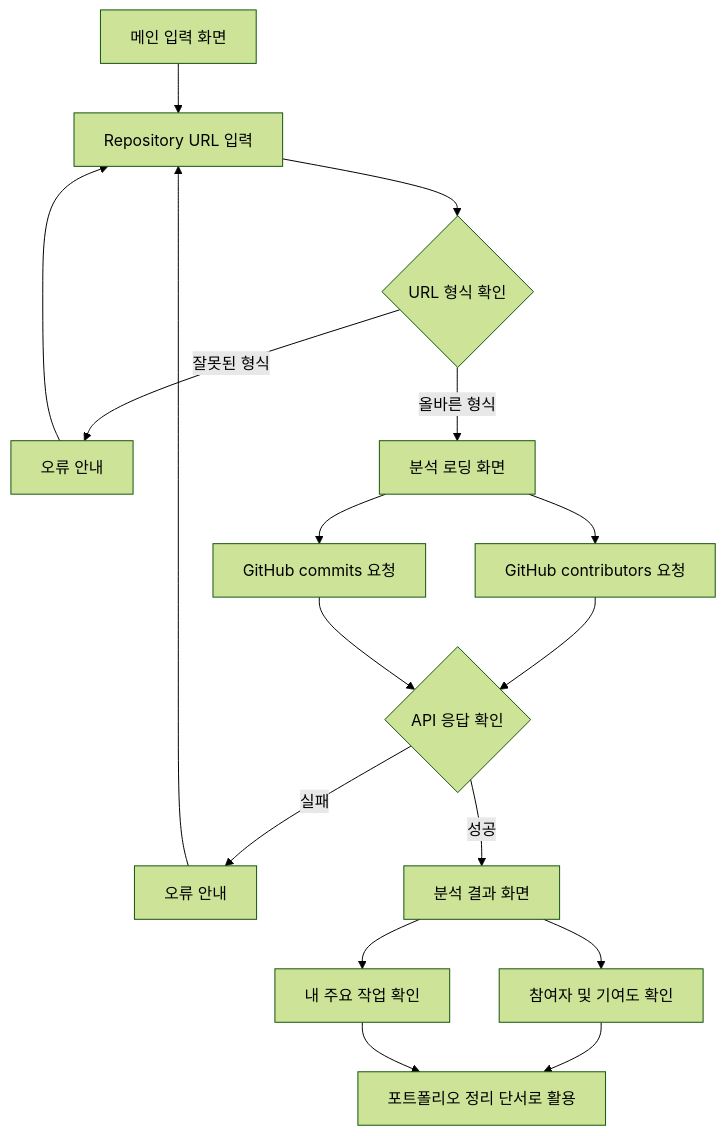
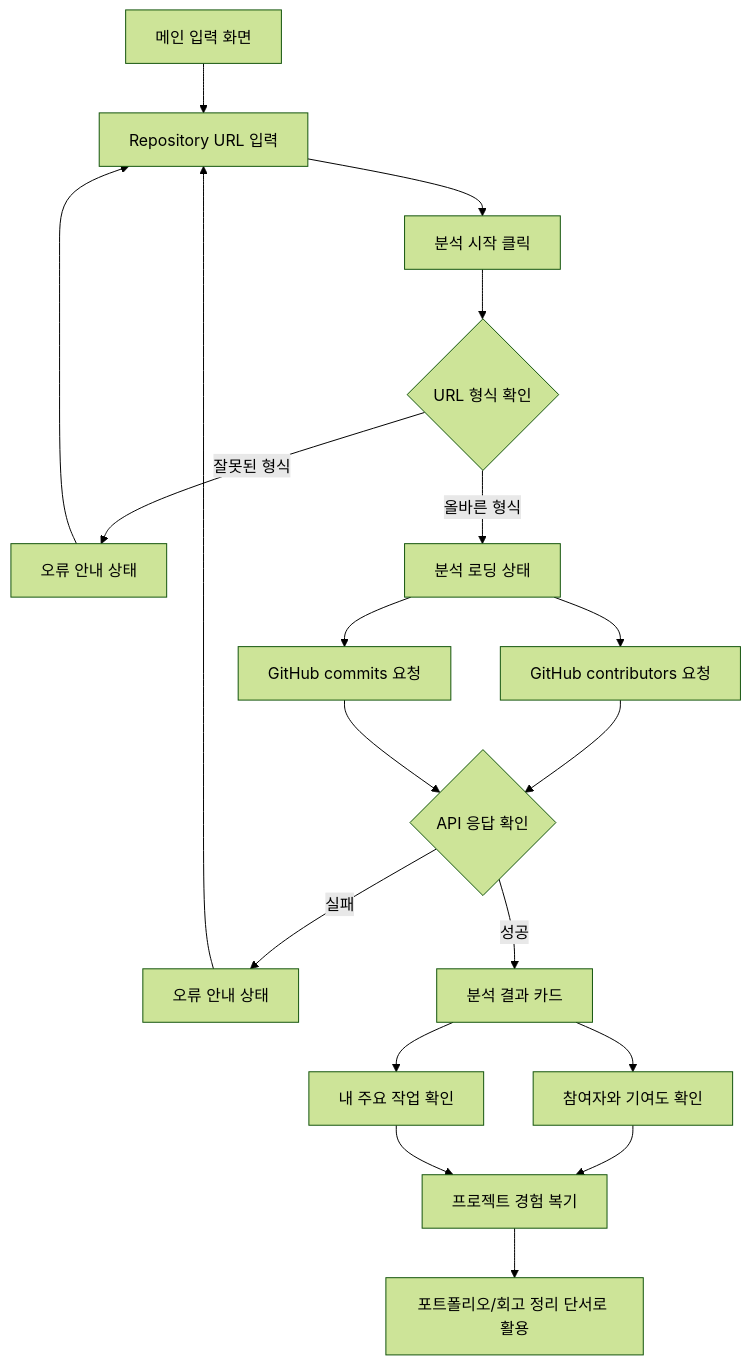
The diagram in docs/plan.md (Mureung1/hub-showcase), drawn with Mermaid (forest theme) before and after one commit. The commit also changed other lines of this file and 2 other files, not shown here.

````diff
--- a/docs/plan.md
+++ b/docs/plan.md
@@ -108,19 +186,21 @@
 ```mermaid
 flowchart TD
     A[메인 입력 화면] --> B[Repository URL 입력]
-    B --> C{URL 형식 확인}
-    C -->|잘못된 형식| D[오류 안내]
-    D --> B
-    C -->|올바른 형식| E[분석 로딩 화면]
-    E --> F[GitHub contributors 요청]
-    E --> G[GitHub commits 요청]
-    F --> H{API 응답 확인}
-    G --> H
-    H -->|실패| I[오류 안내]
-    I --> B
-    H -->|성공| J[분석 결과 화면]
-    J --> K[참여자 및 기여도 확인]
-    J --> L[내 주요 작업 확인]
-    K --> M[포트폴리오 정리 단서로 활용]
-    L --> M
+    B --> C[분석 시작 클릭]
+    C --> D{URL 형식 확인}
+    D -->|잘못된 형식| E[오류 안내 상태]
+    E --> B
+    D -->|올바른 형식| F[분석 로딩 상태]
+    F --> G[GitHub contributors 요청]
+    F --> H[GitHub commits 요청]
+    G --> I{API 응답 확인}
+    H --> I
+    I -->|실패| J[오류 안내 상태]
+    J --> B
+    I -->|성공| K[분석 결과 카드]
+    K --> L[참여자와 기여도 확인]
+    K --> M[내 주요 작업 확인]
+    L --> N[프로젝트 경험 복기]
+    M --> N
+    N --> O[포트폴리오/회고 정리 단서로 활용]
 ```
````
